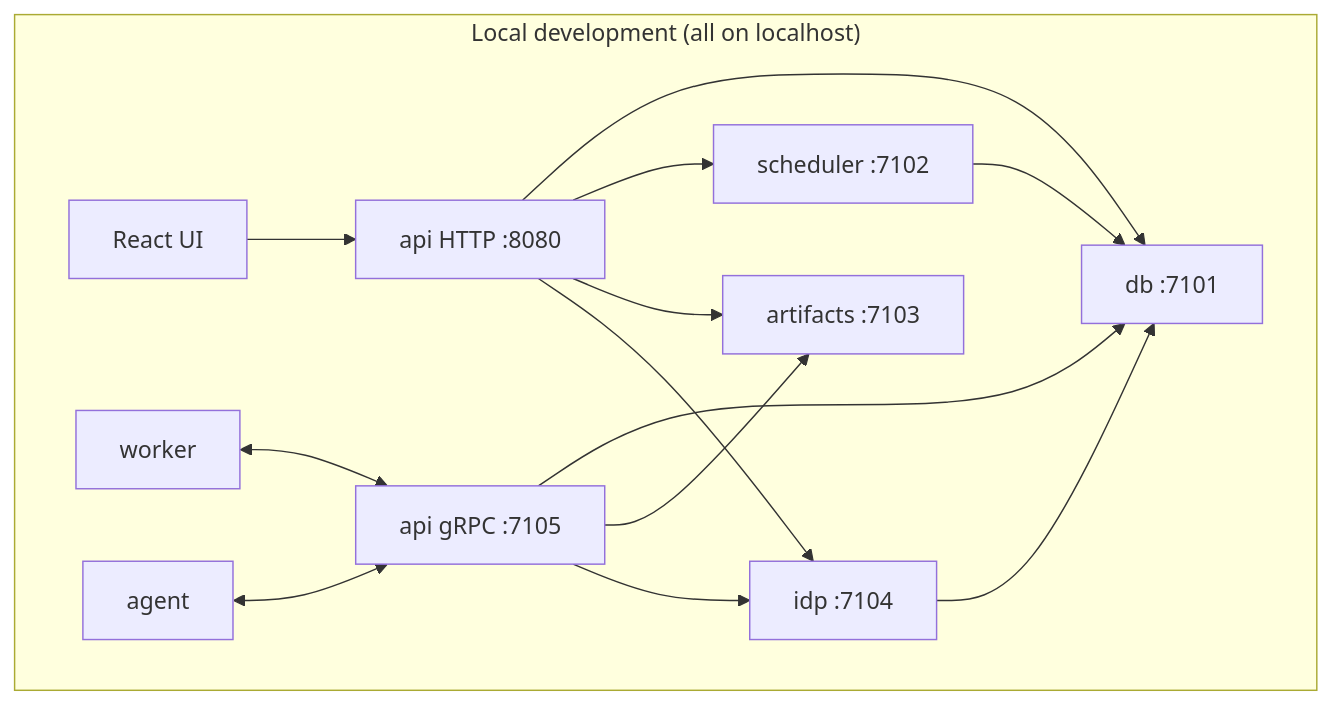
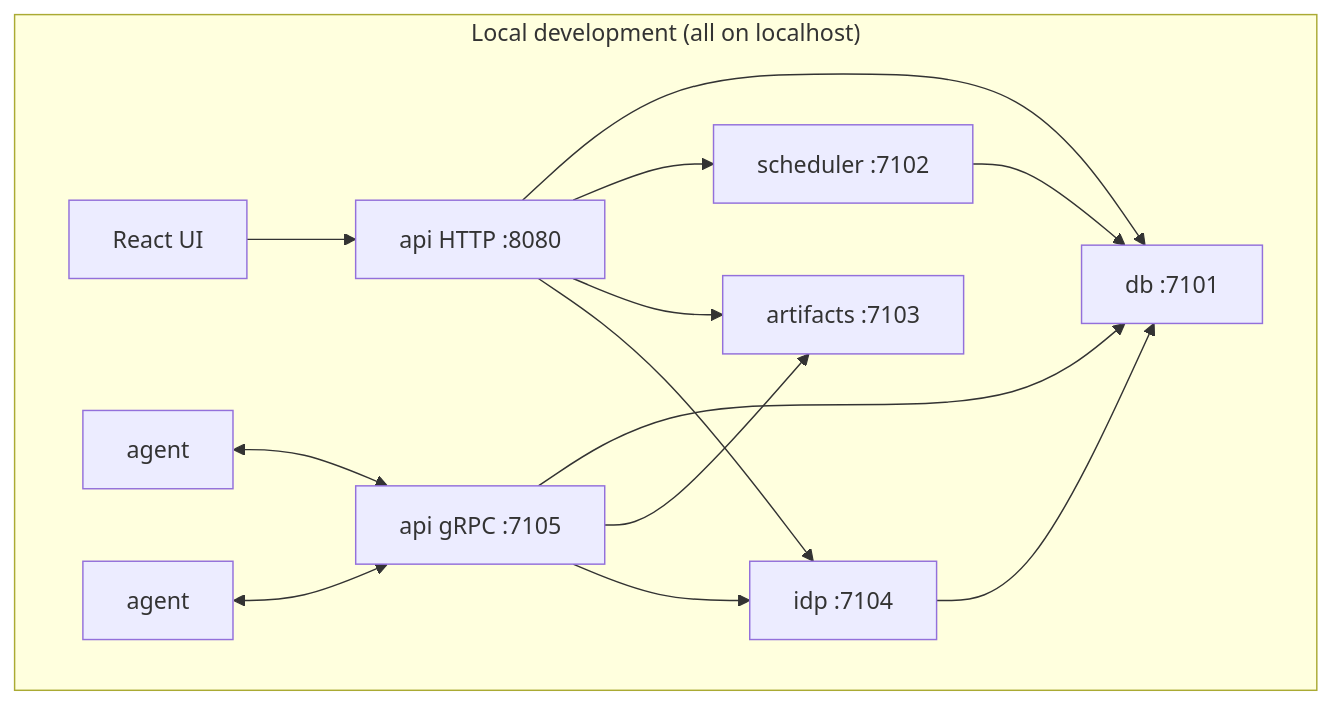
Before and after one commit to EdwardCooke/cdrom: the tenth of 10 diagrams in docs/Architecture.md, drawn with Mermaid. The commit also changed other lines of this file and 177 other files, not shown here.

Commit message:
Docs for re-working agent/worker

````diff
--- a/docs/Architecture.md
+++ b/docs/Architecture.md
@@ -1065,27 +1065,27 @@
 ```mermaid
 flowchart TB
     subgraph LOCAL["Local development (all on localhost)"]
         DB["db :7101"]
         SCHED["scheduler :7102"]
         ART["artifacts :7103"]
         IDP["idp :7104"]
         APIG["api gRPC :7105"]
         APIH["api HTTP :8080"]
-        W["worker"]
+        W["agent"]
         A["agent"]
         UI["React UI"]
     end
 
     UI --> APIH
     APIH --> DB
     APIH --> SCHED
     APIH --> ART
     APIH --> IDP
     APIG --> DB
     APIG --> ART
     APIG --> IDP
     IDP --> DB
     SCHED --> DB
     W <--> APIG
     A <--> APIG
 ```
````
